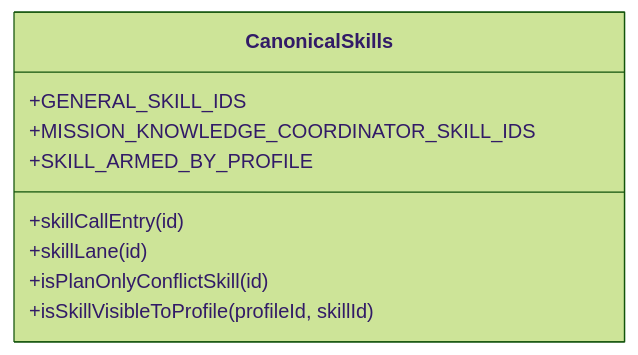
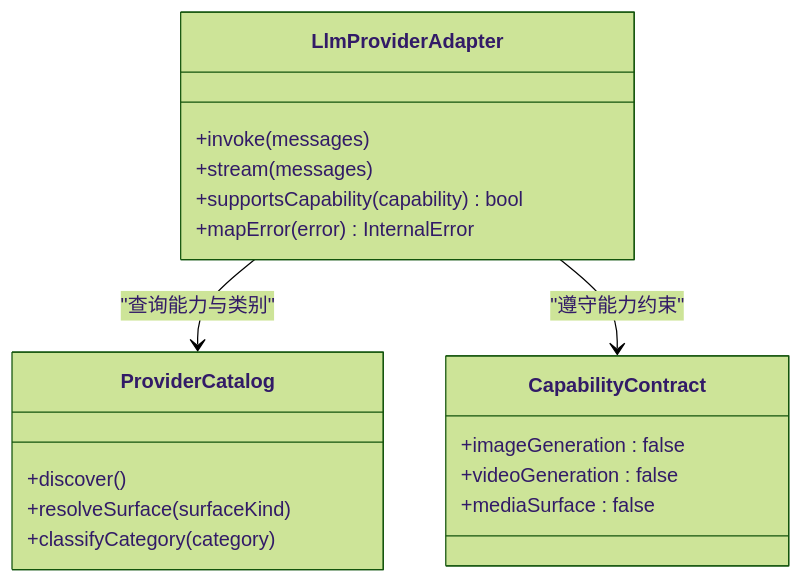
One commit to haolange/RDC-Agent changed the third of 7 diagrams in .qoder/repowiki/zh/content/扩展开发/扩展开发.md. Above: the diagram before and after it, drawn with Mermaid (forest theme). The commit also changed other lines of this file and 356 other files, not shown here.

````diff
--- a/.qoder/repowiki/zh/content/扩展开发/扩展开发.md
+++ b/.qoder/repowiki/zh/content/扩展开发/扩展开发.md
@@ -151,12 +181,24 @@
 ```mermaid
 classDiagram
-class CanonicalSkills {
-+GENERAL_SKILL_IDS
-+MISSION_KNOWLEDGE_COORDINATOR_SKILL_IDS
-+SKILL_ARMED_BY_PROFILE
-+skillCallEntry(id)
-+skillLane(id)
-+isPlanOnlyConflictSkill(id)
-+isSkillVisibleToProfile(profileId, skillId)
-}
+    class LlmProviderAdapter {
+        +invoke(messages)
+        +stream(messages)
+        +supportsCapability(capability) bool
+        +mapError(error) InternalError
+    }
+
+    class ProviderCatalog {
+        +discover()
+        +resolveSurface(surfaceKind)
+        +classifyCategory(category)
+    }
+
+    class CapabilityContract {
+        +imageGeneration : false
+        +videoGeneration : false
+        +mediaSurface : false
+    }
+
+    LlmProviderAdapter --> ProviderCatalog : "查询能力与类别"
+    LlmProviderAdapter --> CapabilityContract : "遵守能力约束"
 ```
````
